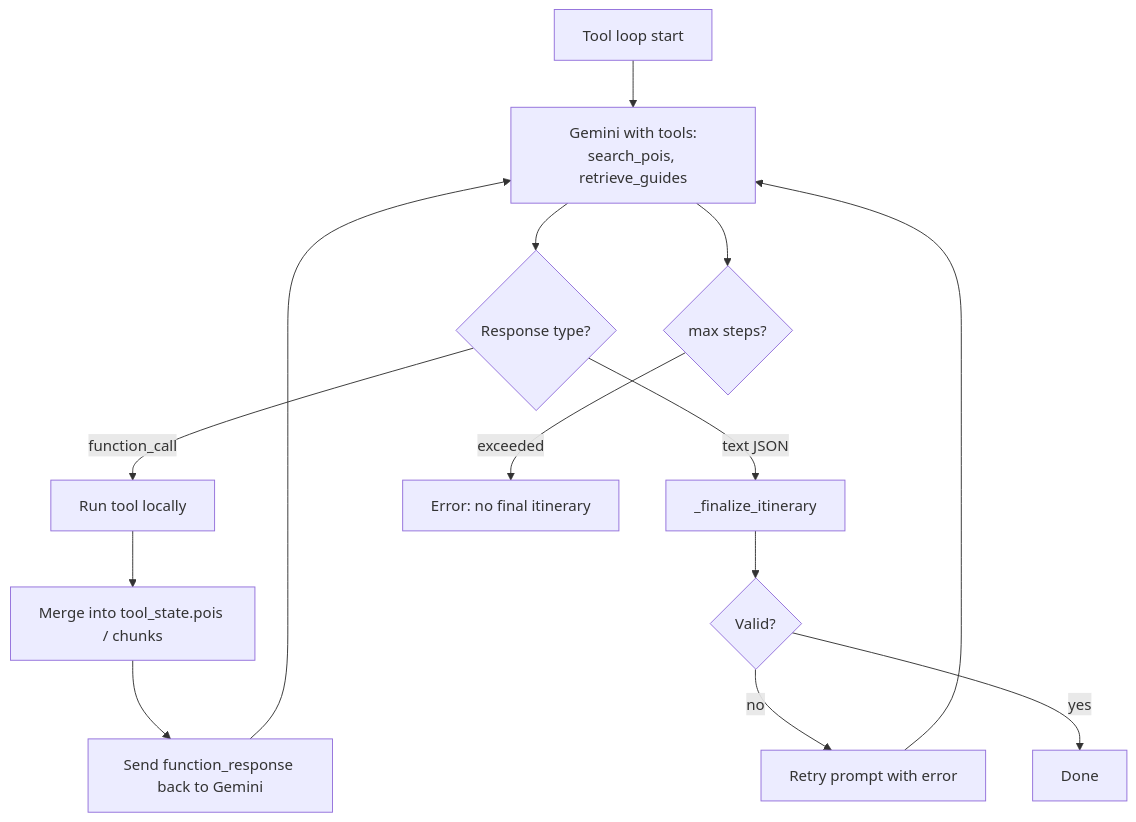
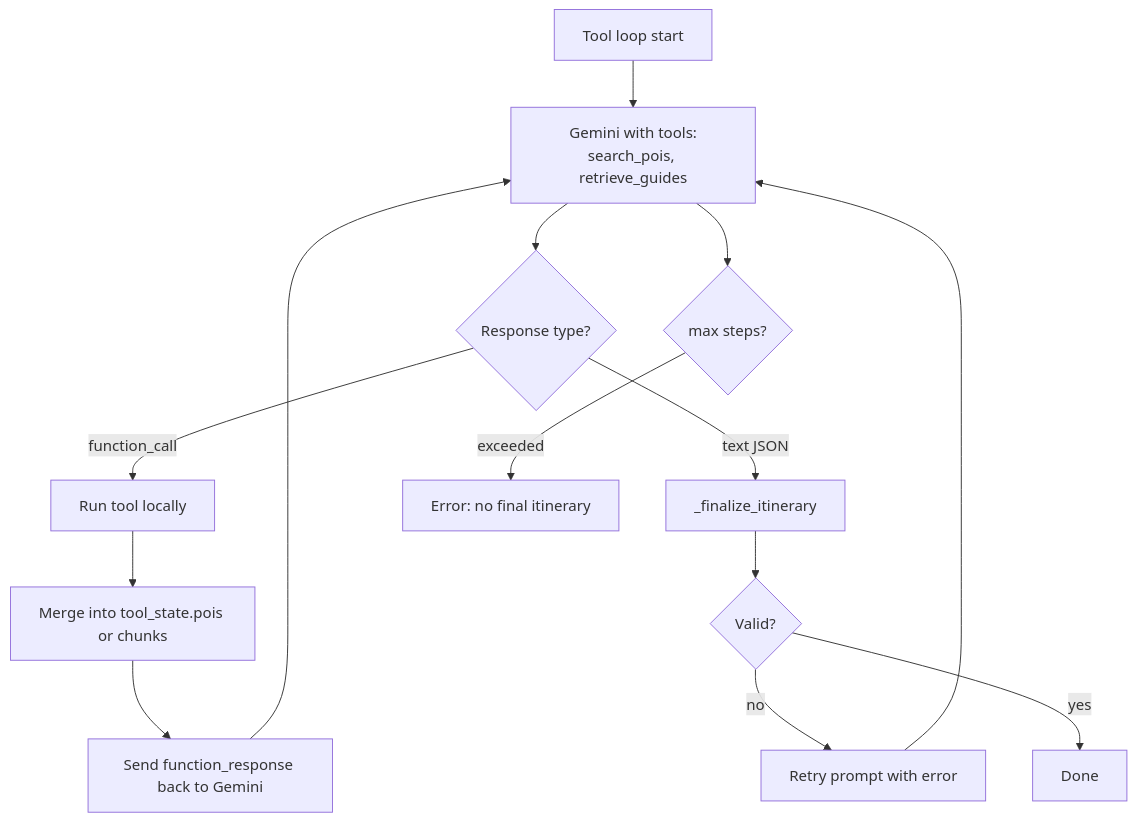
Before and after one commit to guptaastha1427/Trip-Planner: the seventh of 19 diagrams in info.md, drawn with Mermaid. The commit also changed other lines of this file and 4 other files, not shown here.

````diff
--- a/info.md
+++ b/info.md
@@ -308,17 +309,17 @@
 ```mermaid
 flowchart TD
   T0[Tool loop start] --> T1[Gemini with tools:
 search_pois, retrieve_guides]
   T1 --> T2{Response type?}
   T2 -->|function_call| T3[Run tool locally]
-  T3 --> T4[Merge into tool_state.pois / chunks]
+  T3 --> T4[Merge into tool_state.pois or chunks]
   T4 --> T5[Send function_response back to Gemini]
   T5 --> T1
   T2 -->|text JSON| T6[_finalize_itinerary]
   T6 --> T7{Valid?}
   T7 -->|no| T8[Retry prompt with error]
   T8 --> T1
   T7 -->|yes| T9[Done]
   T1 --> Max{max steps?}
   Max -->|exceeded| Err[Error: no final itinerary]
 ```
````
